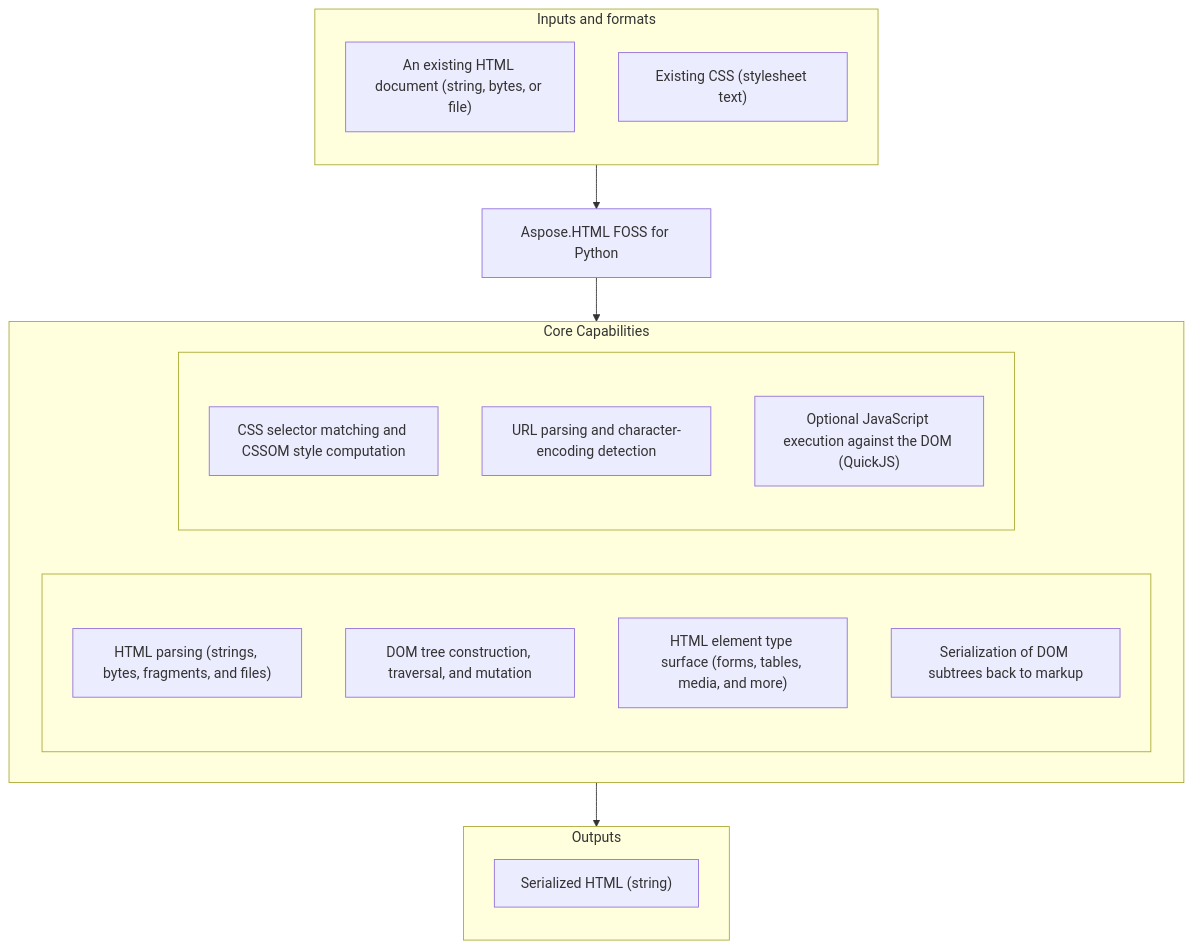
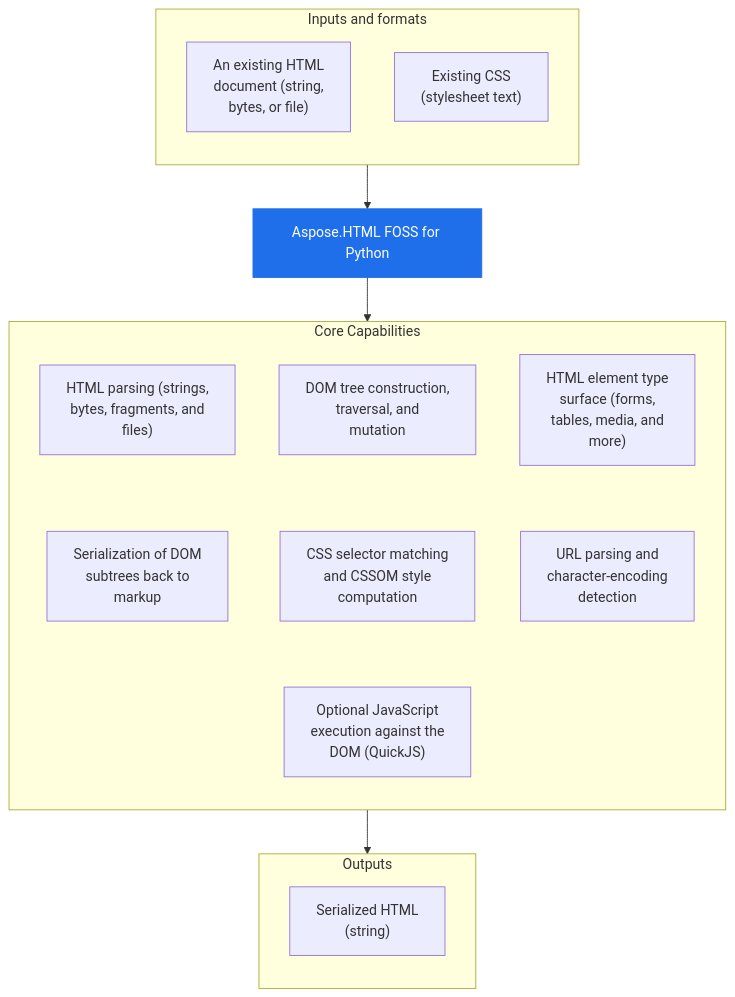
The diagram in bf0f1e7a6d29ca9e14de576fe3ff1aa49ddbaf11/README.md (babar-raza/repo-presenter), drawn with Mermaid before and after one commit. The commit also changed 6 other files, not shown here.

````diff
--- a/bf0f1e7a6d29ca9e14de576fe3ff1aa49ddbaf11/README.md
+++ b/bf0f1e7a6d29ca9e14de576fe3ff1aa49ddbaf11/README.md
@@ -25,30 +25,32 @@
 ```mermaid
-flowchart TD
+flowchart TB
   subgraph StartingPoints["Inputs and formats"]
     direction TB
-    i1["An existing HTML document (string, bytes, or file)"]
-    i2["Existing CSS (stylesheet text)"]
+    i1["An existing HTML<br/>document (string,<br/>bytes, or file)"]
+    i2["Existing CSS<br/>(stylesheet text)"]
   end
   PRODUCT["Aspose.HTML FOSS for Python"]
   subgraph Capabilities["Core Capabilities"]
-    direction LR
-    subgraph capl[" "]
-      direction TB
-      c1["HTML parsing (strings, bytes, fragments, and files)"]
-      c2["DOM tree construction, traversal, and mutation"]
-      c3["HTML element type surface (forms, tables, media, and more)"]
-      c4["Serialization of DOM subtrees back to markup"]
-    end
-    subgraph capr[" "]
-      direction TB
-      c5["CSS selector matching and CSSOM style computation"]
-      c6["URL parsing and character-encoding detection"]
-      c7["Optional JavaScript execution against the DOM (QuickJS)"]
-    end
+    direction TB
+    c1["HTML parsing (strings,<br/>bytes, fragments, and<br/>files)"]
+    c2["DOM tree construction,<br/>traversal, and<br/>mutation"]
+    c3["HTML element type<br/>surface (forms,<br/>tables, media, and<br/>more)"]
+    c4["Serialization of DOM<br/>subtrees back to<br/>markup"]
+    c5["CSS selector matching<br/>and CSSOM style<br/>computation"]
+    c6["URL parsing and<br/>character-encoding<br/>detection"]
+    c7["Optional JavaScript<br/>execution against the<br/>DOM (QuickJS)"]
+    c1 ~~~ c4
+    c2 ~~~ c5
+    c3 ~~~ c6
+    c4 ~~~ c7
+    c5 ~~~ c7
+    c6 ~~~ c7
   end
   subgraph Outputs["Outputs"]
     direction TB
-    o1["Serialized HTML (string)"]
+    o1["Serialized HTML<br/>(string)"]
   end
   StartingPoints --> PRODUCT --> Capabilities --> Outputs
+  classDef product fill:#1f6feb,stroke:#1f6feb,color:#ffffff
+  class PRODUCT product
 ```
````
